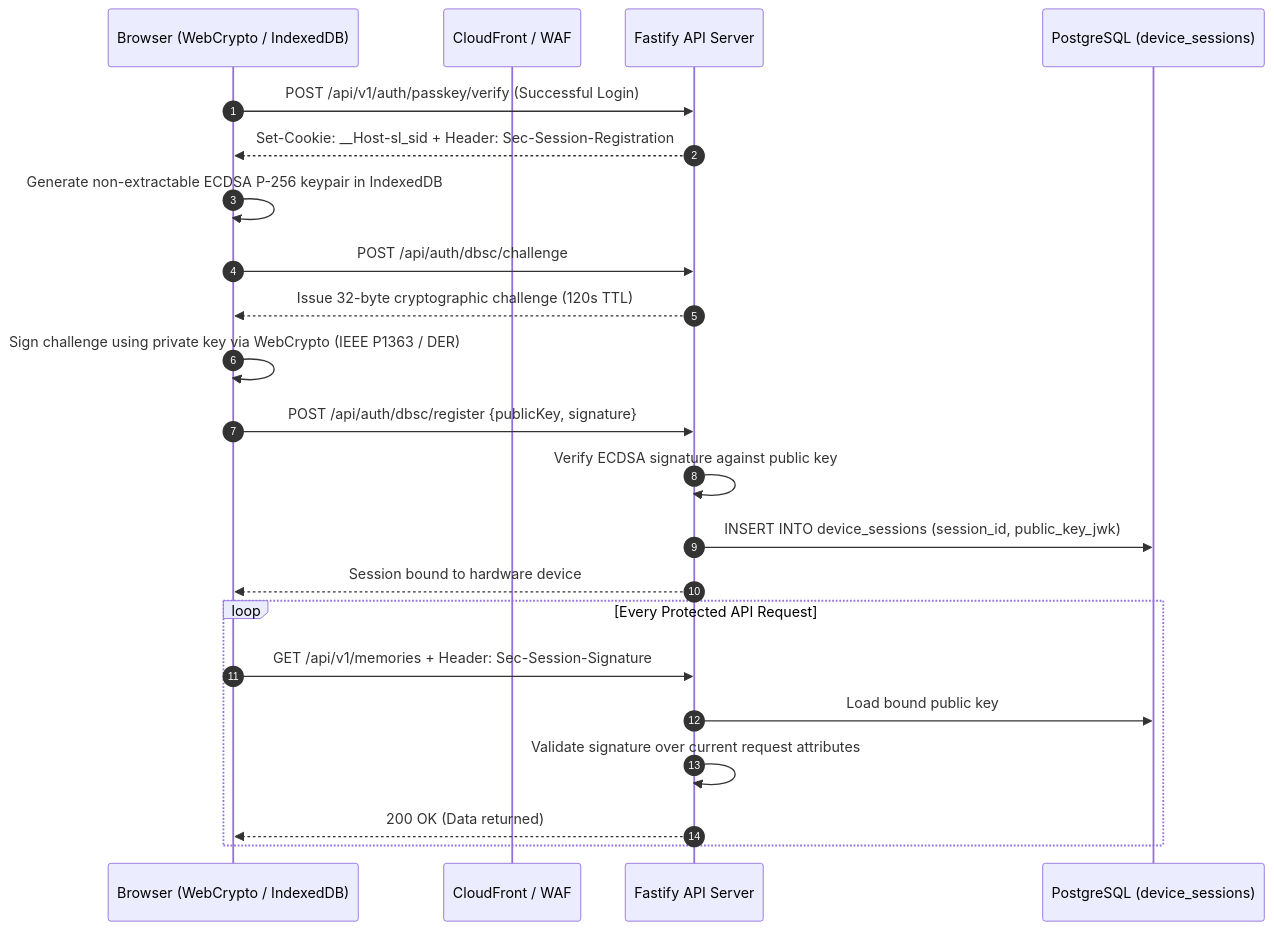
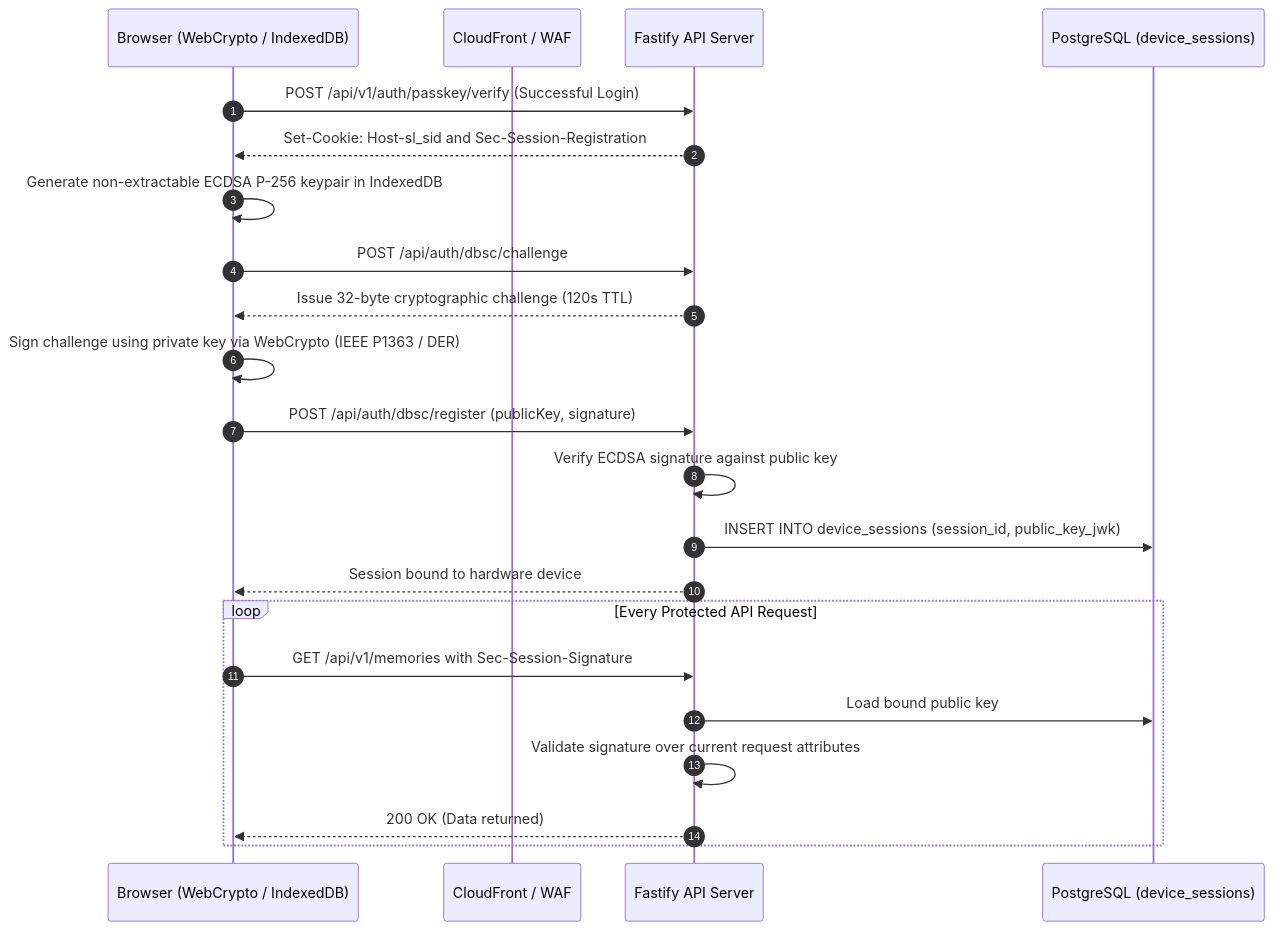
Diagram 14 of 17 in README.md (HarshkumarG007/SlowLight), drawn with Mermaid before and after one commit. The commit also changed other lines of this file, not shown here.

Commit message:
docs(readme): fix GitHub Mermaid parser syntax across all sequence diagrams

````diff
--- a/README.md
+++ b/README.md
@@ -1043,25 +1043,25 @@
 ```mermaid
 sequenceDiagram
     autonumber
     participant Browser as Browser (WebCrypto / IndexedDB)
     participant Edge as CloudFront / WAF
     participant API as Fastify API Server
     participant DB as PostgreSQL (device_sessions)
     
     Browser->>API: POST /api/v1/auth/passkey/verify (Successful Login)
-    API-->>Browser: Set-Cookie: __Host-sl_sid + Header: Sec-Session-Registration
+    API-->>Browser: Set-Cookie: Host-sl_sid and Sec-Session-Registration
     Browser->>Browser: Generate non-extractable ECDSA P-256 keypair in IndexedDB
     Browser->>API: POST /api/auth/dbsc/challenge
     API-->>Browser: Issue 32-byte cryptographic challenge (120s TTL)
     Browser->>Browser: Sign challenge using private key via WebCrypto (IEEE P1363 / DER)
-    Browser->>API: POST /api/auth/dbsc/register {publicKey, signature}
+    Browser->>API: POST /api/auth/dbsc/register (publicKey, signature)
     API->>API: Verify ECDSA signature against public key
     API->>DB: INSERT INTO device_sessions (session_id, public_key_jwk)
     API-->>Browser: Session bound to hardware device
     loop Every Protected API Request
-        Browser->>API: GET /api/v1/memories + Header: Sec-Session-Signature
+        Browser->>API: GET /api/v1/memories with Sec-Session-Signature
         API->>DB: Load bound public key
         API->>API: Validate signature over current request attributes
         API-->>Browser: 200 OK (Data returned)
     end
 ```
````
